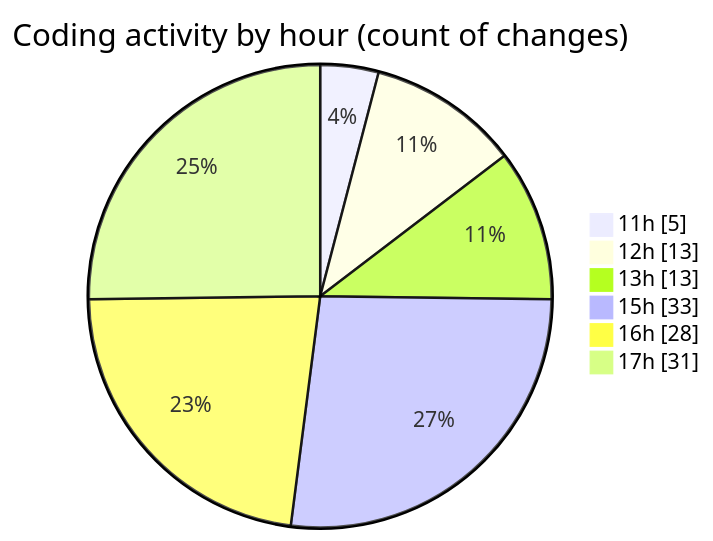
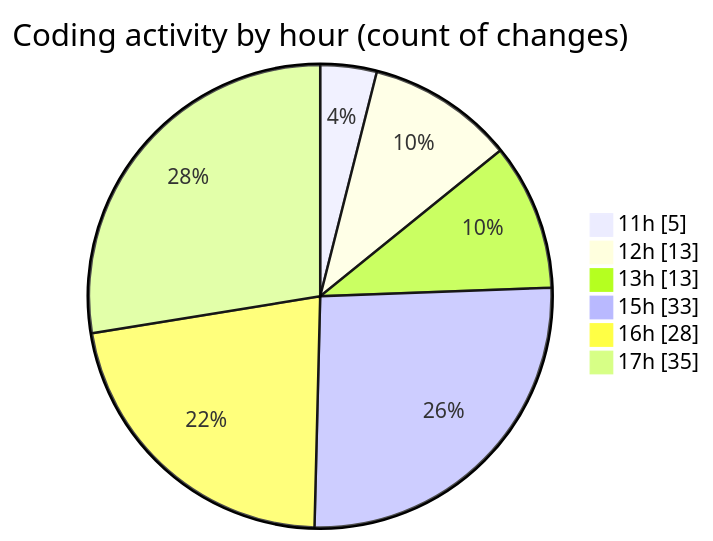
The second of 2 diagrams in 2025-08-06/nxtqube_webapp/README.md (nxtqubesakshisongat/code-tracking), drawn with Mermaid before and after one commit. The commit also changed other lines of this file and 1 other file, not shown here.

````diff
--- a/2025-08-06/nxtqube_webapp/README.md
+++ b/2025-08-06/nxtqube_webapp/README.md
@@ -41,10 +41,10 @@
 ```mermaid
 pie showData
 title Coding activity by hour (count of changes)
 "11h" : 5
 "12h" : 13
 "13h" : 13
 "15h" : 33
 "16h" : 28
-"17h" : 31
+"17h" : 35
 ```
````
